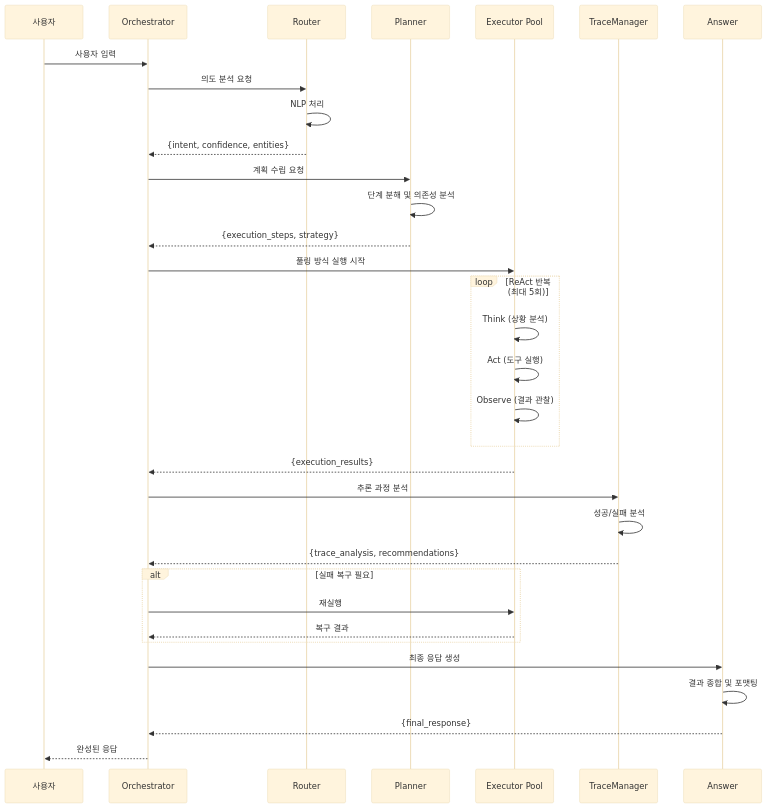
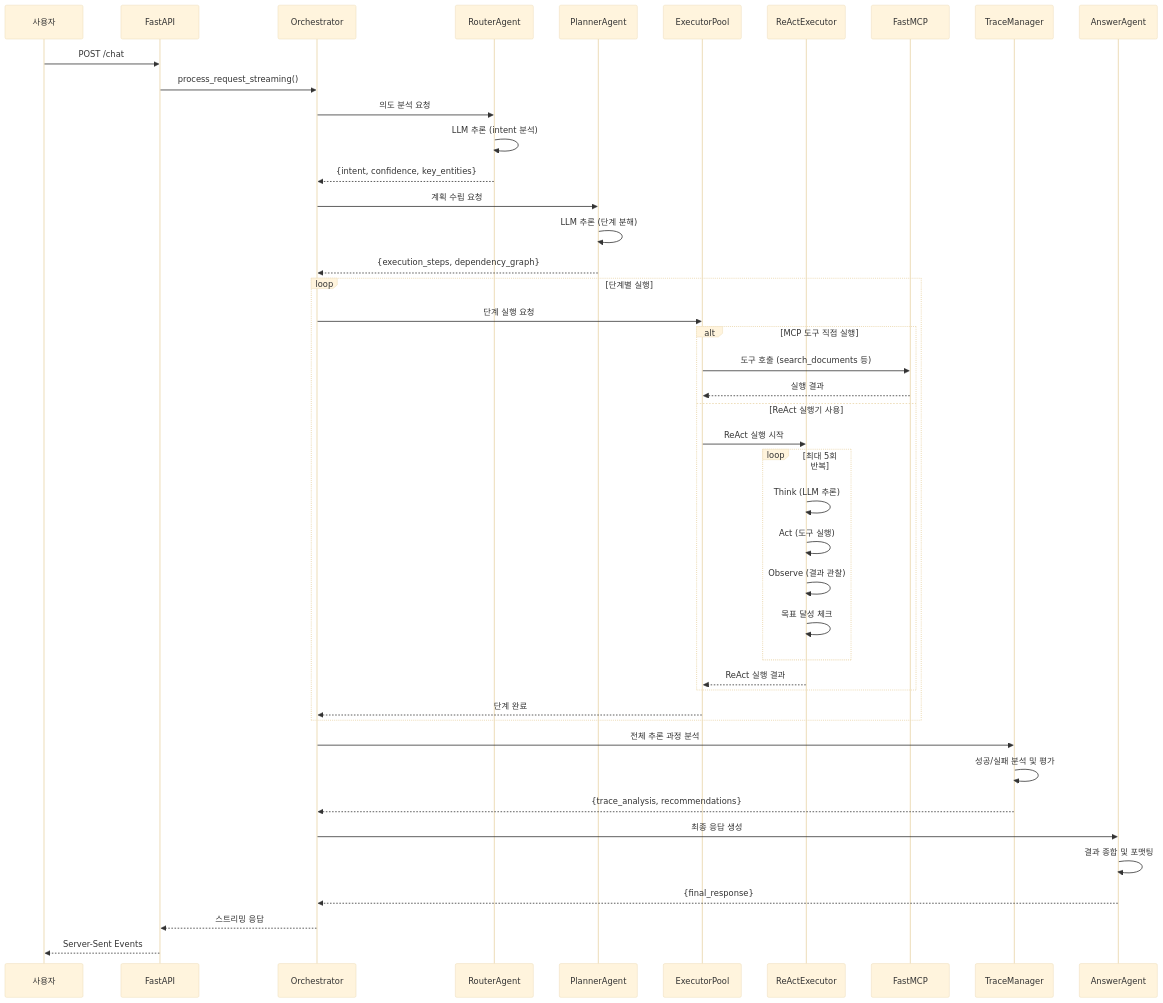
Before and after one commit to Qulip/CloudRegiX: the third of 3 diagrams in README.md, drawn with Mermaid (base theme). The commit also changed other lines of this file, not shown here.

````diff
--- a/README.md
+++ b/README.md
@@ -200,41 +216,55 @@
 ```mermaid
 sequenceDiagram
     participant U as 사용자
+    participant API as FastAPI
     participant O as Orchestrator
-    participant R as Router
-    participant P as Planner
-    participant E as Executor Pool
+    participant R as RouterAgent
+    participant P as PlannerAgent
+    participant EP as ExecutorPool
+    participant E as ReActExecutor
+    participant MCP as FastMCP
     participant T as TraceManager
-    participant A as Answer
+    participant A as AnswerAgent
 
-    U->>O: 사용자 입력
+    U->>API: POST /chat
+    API->>O: process_request_streaming()
+
     O->>R: 의도 분석 요청
-    R->>R: NLP 처리
-    R-->>O: {intent, confidence, entities}
+    R->>R: LLM 추론 (intent 분석)
+    R-->>O: {intent, confidence, key_entities}
 
     O->>P: 계획 수립 요청
-    P->>P: 단계 분해 및 의존성 분석
-    P-->>O: {execution_steps, strategy}
+    P->>P: LLM 추론 (단계 분해)
+    P-->>O: {execution_steps, dependency_graph}
 
-    O->>E: 풀링 방식 실행 시작
-    loop ReAct 반복 (최대 5회)
-        E->>E: Think (상황 분석)
-        E->>E: Act (도구 실행)
-        E->>E: Observe (결과 관찰)
+    loop 단계별 실행
+        O->>EP: 단계 실행 요청
+
+        alt MCP 도구 직접 실행
+            EP->>MCP: 도구 호출 (search_documents 등)
+            MCP-->>EP: 실행 결과
+        else ReAct 실행기 사용
+            EP->>E: ReAct 실행 시작
+            loop 최대 5회 반복
+                E->>E: Think (LLM 추론)
+                E->>E: Act (도구 실행)
+                E->>E: Observe (결과 관찰)
+                E->>E: 목표 달성 체크
+            end
+            E-->>EP: ReAct 실행 결과
+        end
+
+        EP-->>O: 단계 완료
     end
-    E-->>O: {execution_results}
 
-    O->>T: 추론 과정 분석
-    T->>T: 성공/실패 분석
+    O->>T: 전체 추론 과정 분석
+    T->>T: 성공/실패 분석 및 평가
     T-->>O: {trace_analysis, recommendations}
-
-    alt 실패 복구 필요
-        O->>E: 재실행
-        E-->>O: 복구 결과
-    end
 
     O->>A: 최종 응답 생성
     A->>A: 결과 종합 및 포맷팅
     A-->>O: {final_response}
-    O-->>U: 완성된 응답
+
+    O-->>API: 스트리밍 응답
+    API-->>U: Server-Sent Events
 ```
````
